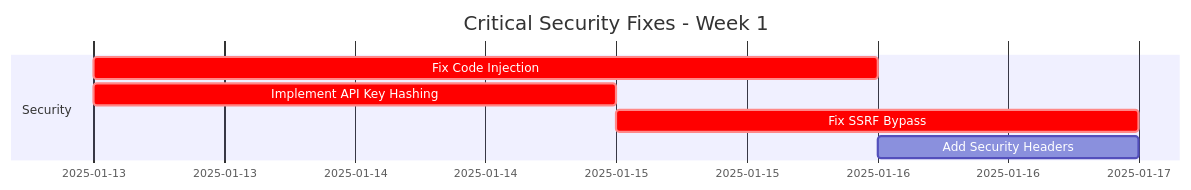
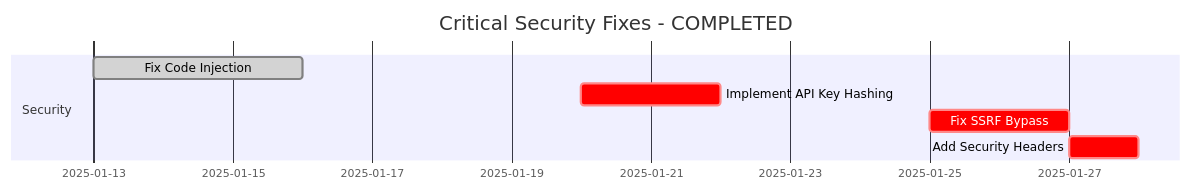
Diagram 11 of 12 in specs/SECURITY_RECOMMENDATIONS.md (supercheck-io/supercheck), drawn with Mermaid before and after one commit. The commit also changed other lines of this file and 14 other files, not shown here.

````diff
--- a/specs/SECURITY_RECOMMENDATIONS.md
+++ b/specs/SECURITY_RECOMMENDATIONS.md
@@ -459,10 +497,10 @@
 ```mermaid
 gantt
-    title Critical Security Fixes - Week 1
+    title Critical Security Fixes - COMPLETED
     dateFormat YYYY-MM-DD
     section Security
-    Fix Code Injection          :crit, des1, 2025-01-13, 3d
-    Implement API Key Hashing   :crit, des2, 2025-01-13, 2d
-    Fix SSRF Bypass            :crit, des3, 2025-01-15, 2d
-    Add Security Headers        :des4, 2025-01-16, 1d
+    Fix Code Injection          :done, des1, 2025-01-13, 3d
+    Implement API Key Hashing   :crit, des2, 2025-01-20, 2d
+    Fix SSRF Bypass            :crit, des3, 2025-01-25, 2d
+    Add Security Headers        :crit, des4, 2025-01-27, 1d
 ```
````
